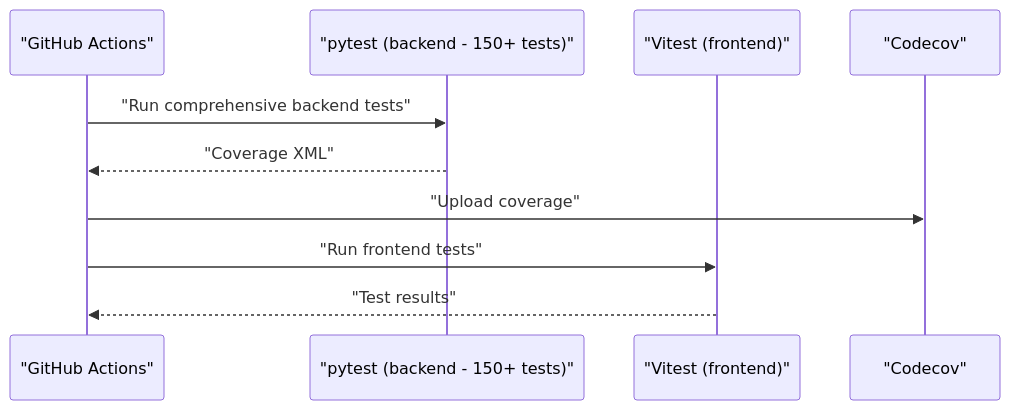
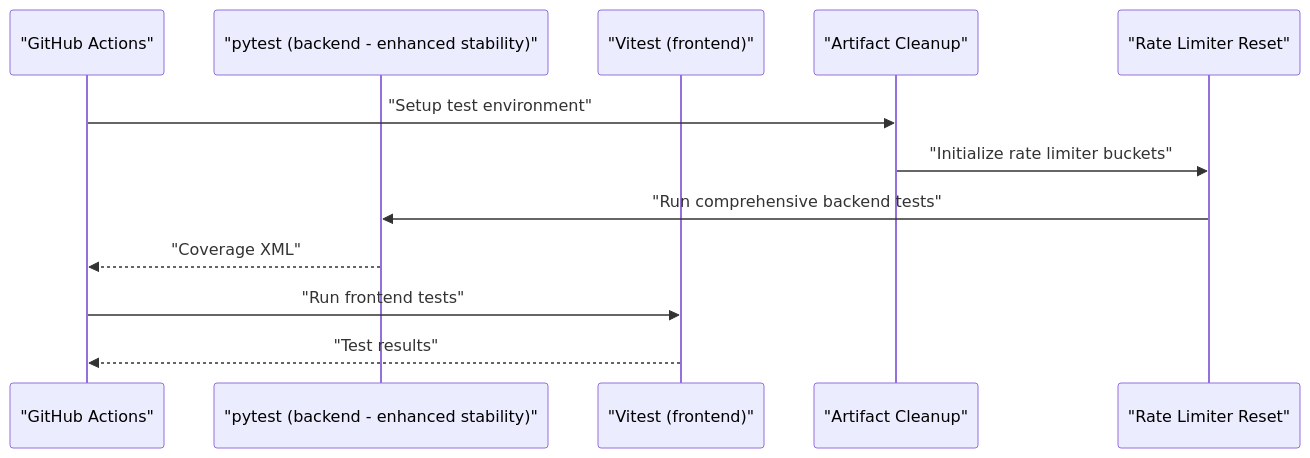
The second of 15 diagrams in .qoder/repowiki/en/content/Testing Strategy.md (Revanththetalogics/aireume), drawn with Mermaid before and after one commit. The commit also changed other lines of this file and 2 other files, not shown here.

````diff
--- a/.qoder/repowiki/en/content/Testing Strategy.md
+++ b/.qoder/repowiki/en/content/Testing Strategy.md
@@ -188,12 +156,14 @@
 ```mermaid
 sequenceDiagram
 participant GH as "GitHub Actions"
-participant Py as "pytest (backend - 150+ tests)"
+participant Py as "pytest (backend - enhanced stability)"
 participant VT as "Vitest (frontend)"
-participant Cov as "Codecov"
-GH->>Py : "Run comprehensive backend tests"
+participant Clean as "Artifact Cleanup"
+participant RL as "Rate Limiter Reset"
+GH->>Clean : "Setup test environment"
+Clean->>RL : "Initialize rate limiter buckets"
+RL->>Py : "Run comprehensive backend tests"
 Py-->>GH : "Coverage XML"
-GH->>Cov : "Upload coverage"
 GH->>VT : "Run frontend tests"
 VT-->>GH : "Test results"
 ```
````
